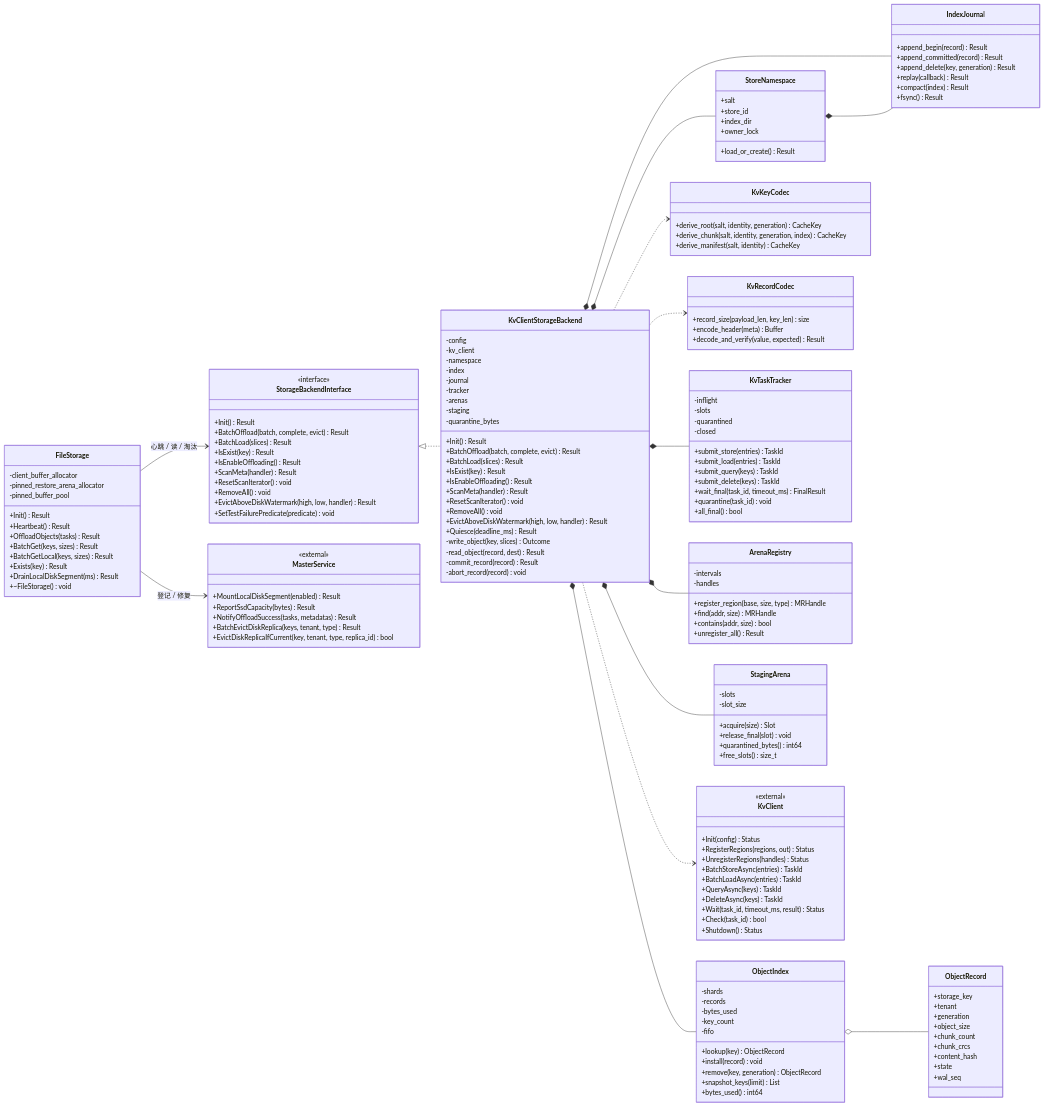
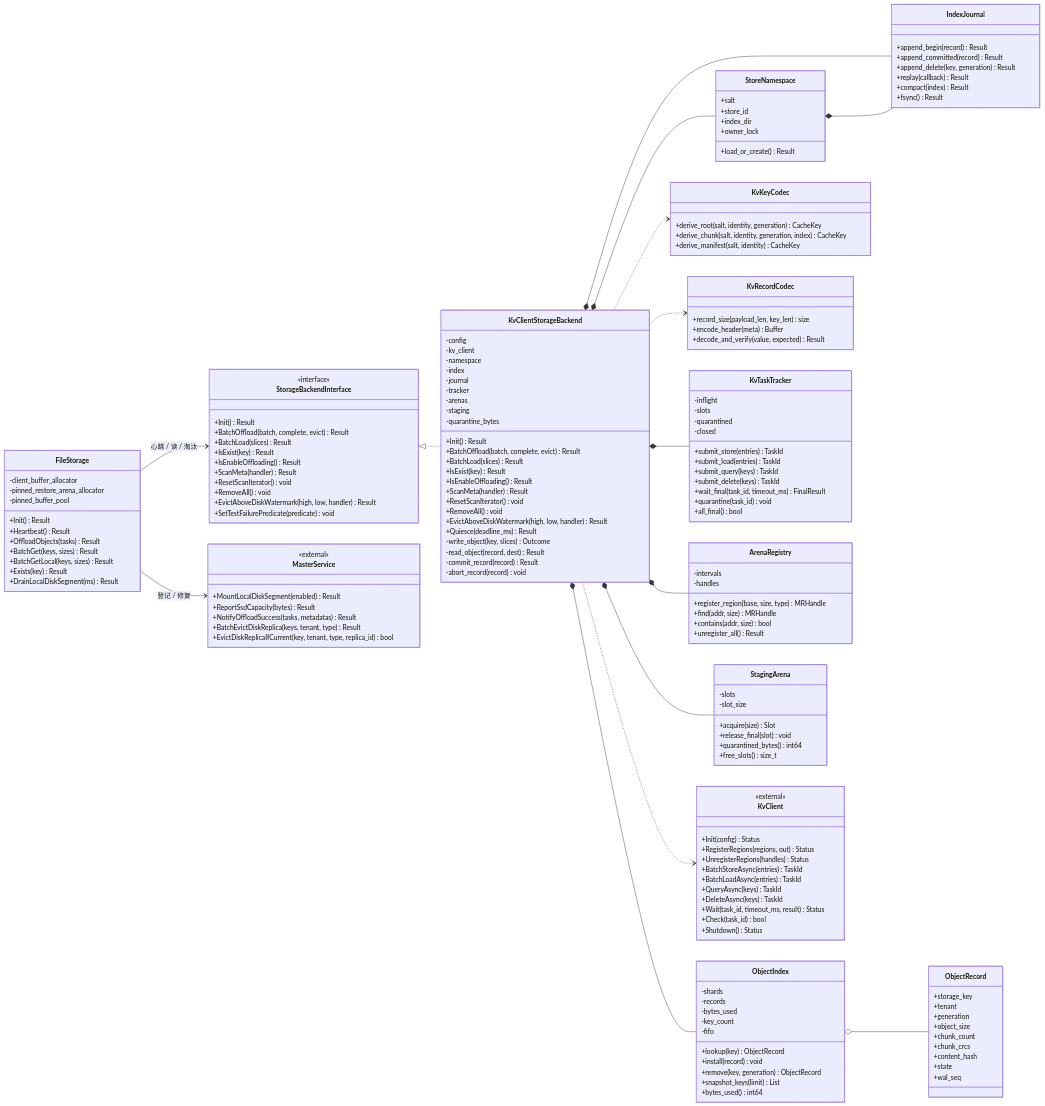
The second of 9 diagrams in kvclient 作为 StorageBackendInterface 的设计与实验方案.md (zwj20000328-dotcom/Mooncake-documents), drawn with Mermaid before and after one commit. The commit also changed other lines of this file and 3 other files, not shown here.

```diff
--- a/kvclient 作为 StorageBackendInterface 的设计与实验方案.md
+++ b/kvclient 作为 StorageBackendInterface 的设计与实验方案.md
@@ -163,7 +318,6 @@
         +BatchGetLocal(keys, sizes) Result
         +Exists(key) Result
         +DrainLocalDiskSegment(ms) Result
-        +~FileStorage() void
     }
 
     class KvClientStorageBackend {
```
